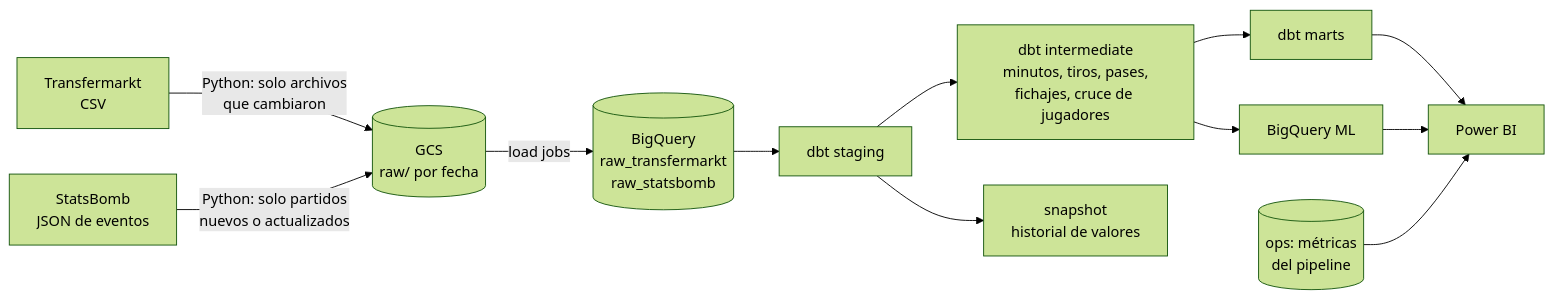
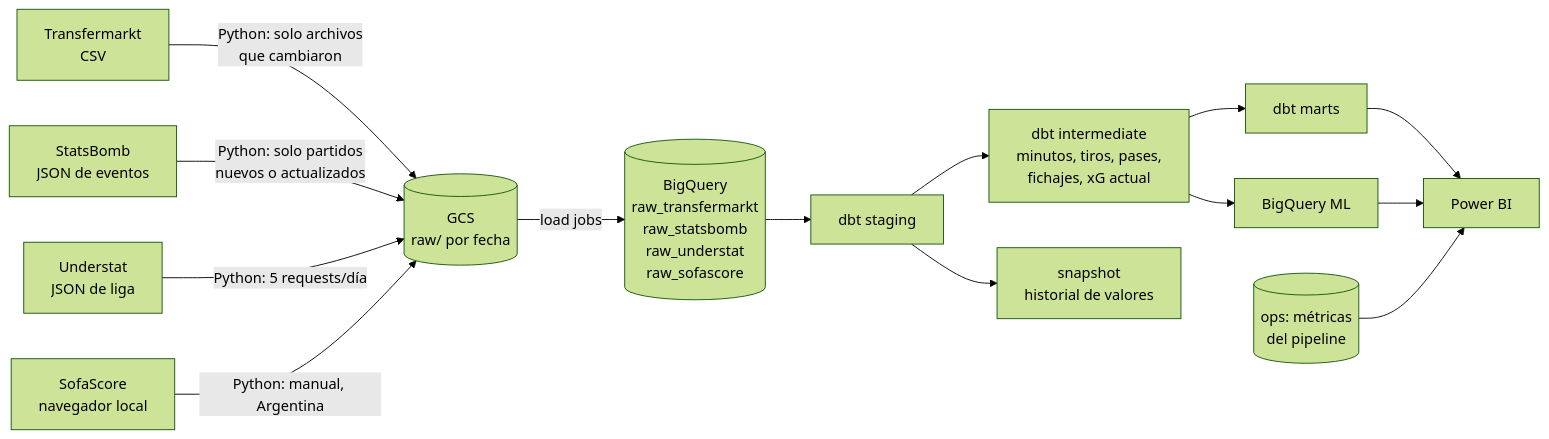
One commit to Martinix584/Fuchibol changed the first of 4 diagrams in README.md. Above: the diagram before and after it, drawn with Mermaid (forest theme). The commit also changed other lines of this file and 43 other files, not shown here.

First line of the commit message:
Temporada actual: xG con Understat y SofaScore

````diff
--- a/README.md
+++ b/README.md
@@ -40,14 +46,16 @@
 ```mermaid
 flowchart LR
     TM[Transfermarkt<br/>CSV] -->|Python: solo archivos<br/>que cambiaron| GCS[(GCS<br/>raw/ por fecha)]
     SB[StatsBomb<br/>JSON de eventos] -->|Python: solo partidos<br/>nuevos o actualizados| GCS
-    GCS -->|load jobs| RAW[(BigQuery<br/>raw_transfermarkt<br/>raw_statsbomb)]
+    US[Understat<br/>JSON de liga] -->|Python: 5 requests/día| GCS
+    SS[SofaScore<br/>navegador local] -->|Python: manual, Argentina| GCS
+    GCS -->|load jobs| RAW[(BigQuery<br/>raw_transfermarkt<br/>raw_statsbomb<br/>raw_understat<br/>raw_sofascore)]
     RAW --> STG[dbt staging]
-    STG --> INT[dbt intermediate<br/>minutos, tiros, pases,<br/>fichajes, cruce de jugadores]
+    STG --> INT[dbt intermediate<br/>minutos, tiros, pases,<br/>fichajes, xG actual]
     STG --> SNAP[snapshot<br/>historial de valores]
     INT --> MARTS[dbt marts]
     INT --> ML[BigQuery ML]
     MARTS --> PBI[Power BI]
     ML --> PBI
     OPS[(ops: métricas<br/>del pipeline)] --> PBI
 ```
````
